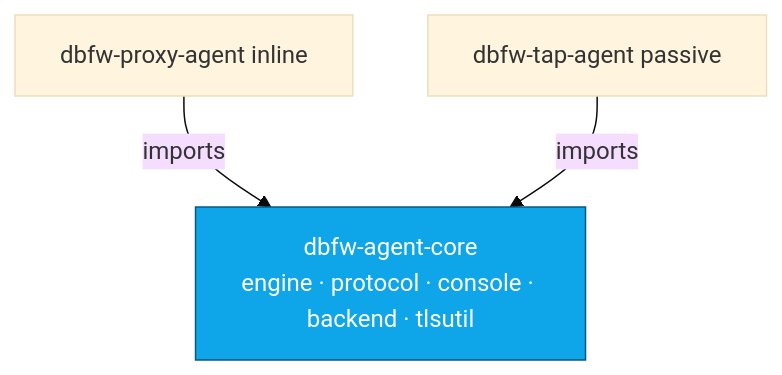
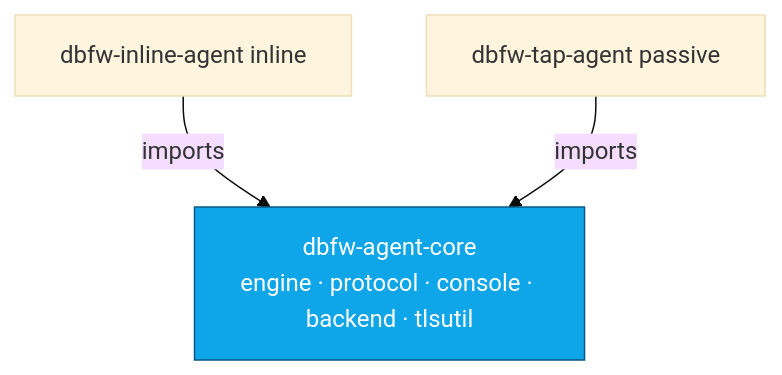
Before and after one commit to DB-Firewall/dbfw-agent-core: the diagram in README.md, drawn with Mermaid (base theme). The commit also changed other lines of this file, not shown here.

Commit message:
docs: rename dbfw-proxy-agent -> dbfw-inline-agent in references

````diff
--- a/README.md
+++ b/README.md
@@ -24,7 +24,7 @@
 ```mermaid
 flowchart TB
   core["dbfw-agent-core<br/>engine · protocol · console · backend · tlsutil"]:::here
-  pa[dbfw-proxy-agent inline] -->|imports| core
+  pa[dbfw-inline-agent inline] -->|imports| core
   ta[dbfw-tap-agent passive] -->|imports| core
   classDef here fill:#0ea5e9,stroke:#075985,color:#fff;
 ```
````
